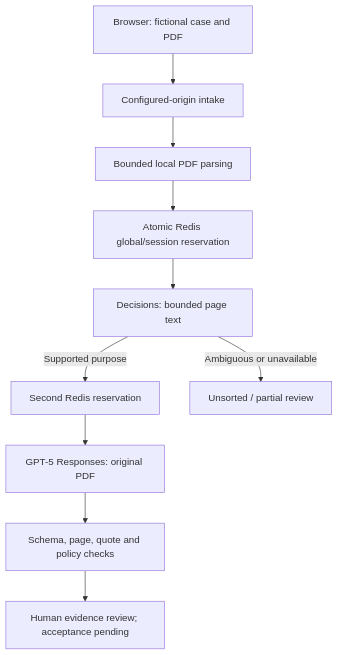
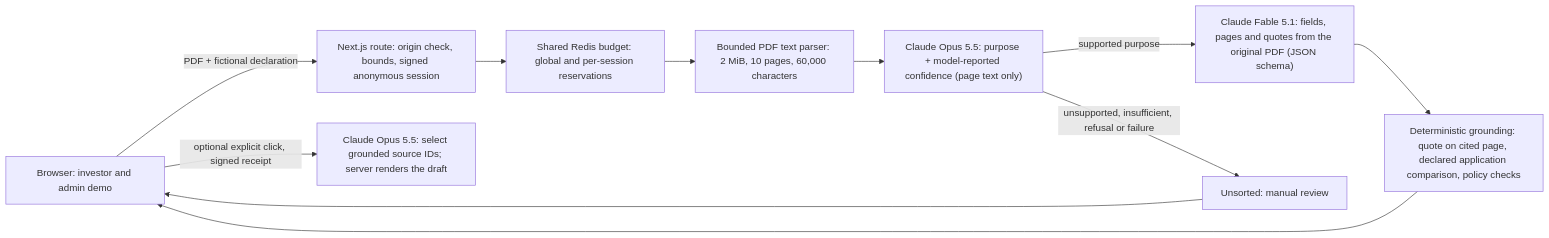
Before and after one commit to pranavred/velug-investor-onboarding-portal: the diagram in docs/architecture.md, drawn with Mermaid. The commit also changed other lines of this file and 56 other files, not shown here.

````diff
--- a/docs/architecture.md
+++ b/docs/architecture.md
@@ -3,12 +3,13 @@
 ```mermaid
-flowchart TD
-  B["Browser: fictional case and PDF"] --> S["Configured-origin intake"]
-  S --> P["Bounded local PDF parsing"]
-  P --> Q["Atomic Redis global/session reservation"]
-  Q --> D["Decisions: bounded page text"]
-  D -->|Supported purpose| Q2["Second Redis reservation"]
-  D -->|Ambiguous or unavailable| U["Unsorted / partial review"]
-  Q2 --> R["GPT-5 Responses: original PDF"]
-  R --> C["Schema, page, quote and policy checks"]
-  C --> H["Human evidence review; acceptance pending"]
+flowchart LR
+  B[Browser: investor and admin demo] -->|PDF + fictional declaration| S[Next.js route: origin check, bounds, signed anonymous session]
+  S --> Q[Shared Redis budget: global and per-session reservations]
+  Q --> P[Bounded PDF text parser: 2 MiB, 10 pages, 60,000 characters]
+  P --> C["Claude Opus 5.5: purpose + model-reported confidence (page text only)"]
+  C -->|supported purpose| E["Claude Fable 5.1: fields, pages and quotes from the original PDF (JSON schema)"]
+  C -->|unsupported, insufficient, refusal or failure| U[Unsorted: manual review]
+  E --> G[Deterministic grounding: quote on cited page, declared application comparison, policy checks]
+  G --> B
+  U --> B
+  B -->|optional explicit click, signed receipt| D["Claude Opus 5.5: select grounded source IDs; server renders the draft"]
 ```
````
